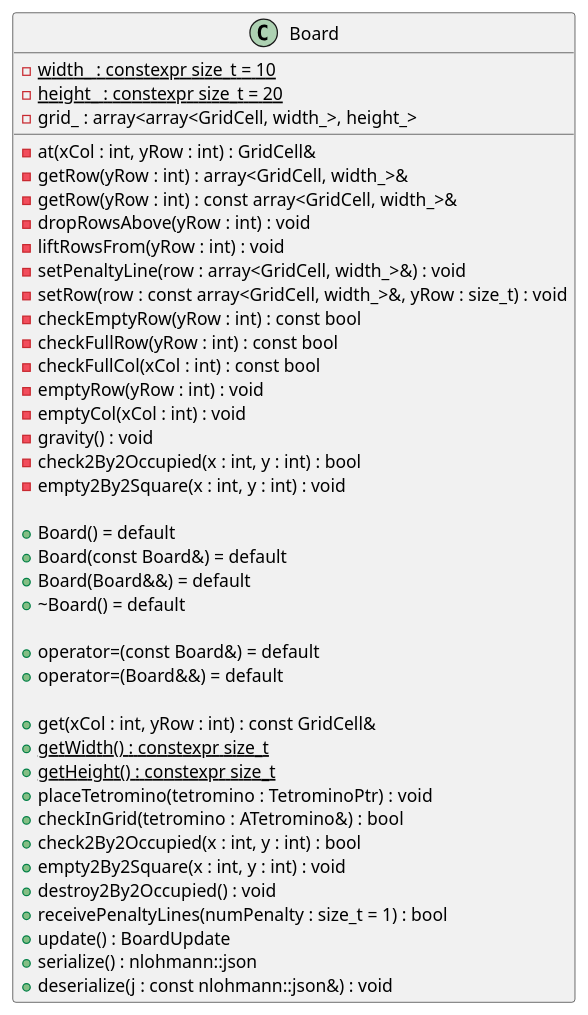
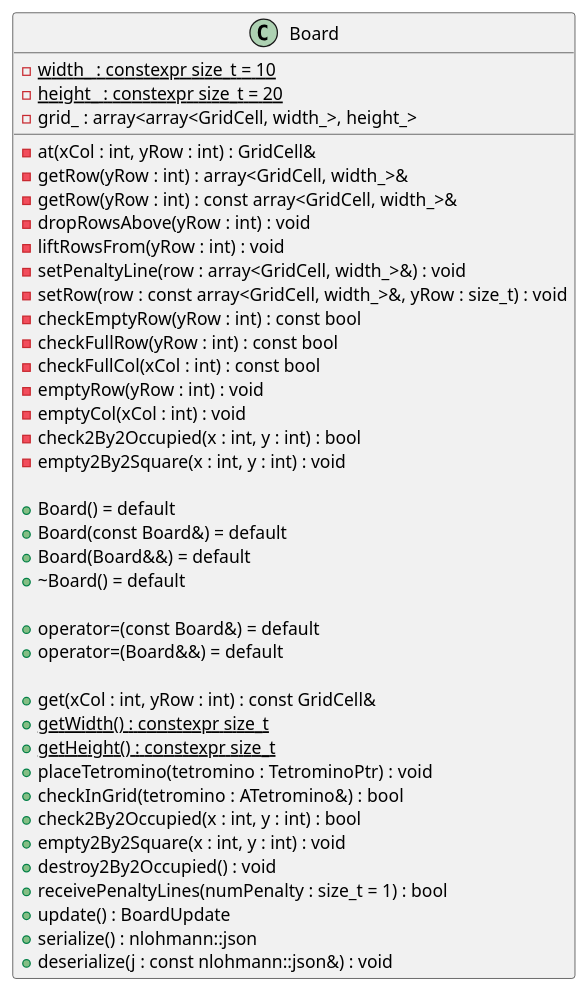
The diagram in doc/uml/class/game/tetris_lib/BoardClass.plantuml (ulb-info2-group5/Royal-Blocks), drawn with PlantUML before and after one commit. The commit also changed 20 other files, not shown here.

Commit message:
update some class diagram in tetris_lib, changing the the bash script

```diff
--- a/doc/uml/class/game/tetris_lib/BoardClass.plantuml
+++ b/doc/uml/class/game/tetris_lib/BoardClass.plantuml
@@ -2,46 +2,46 @@
 @startuml (id=Board)
 
 class Board {
     - {static} width_ : constexpr size_t = 10
     - {static} height_ : constexpr size_t = 20
     - grid_ : array<array<GridCell, width_>, height_>
 
     - at(xCol : int, yRow : int) : GridCell&
     - getRow(yRow : int) : array<GridCell, width_>&
     - getRow(yRow : int) : const array<GridCell, width_>&
     - dropRowsAbove(yRow : int) : void
     - liftRowsFrom(yRow : int) : void
     - setPenaltyLine(row : array<GridCell, width_>&) : void
     - setRow(row : const array<GridCell, width_>&, yRow : size_t) : void
     - checkEmptyRow(yRow : int) : const bool
     - checkFullRow(yRow : int) : const bool
     - checkFullCol(xCol : int) : const bool
     - emptyRow(yRow : int) : void
     - emptyCol(xCol : int) : void
-    - gravity() : void
+    ' - gravity() : void
     - check2By2Occupied(x : int, y : int) : bool
     - empty2By2Square(x : int, y : int) : void
 
     + Board() = default
     + Board(const Board&) = default
     + Board(Board&&) = default
     + ~Board() = default
     
     + operator=(const Board&) = default
     + operator=(Board&&) = default
     
     + get(xCol : int, yRow : int) : const GridCell&
     + {static} getWidth() : constexpr size_t
     + {static} getHeight() : constexpr size_t
     + placeTetromino(tetromino : TetrominoPtr) : void
     + checkInGrid(tetromino : ATetromino&) : bool
     + check2By2Occupied(x : int, y : int) : bool
     + empty2By2Square(x : int, y : int) : void
     + destroy2By2Occupied() : void
     + receivePenaltyLines(numPenalty : size_t = 1) : bool
     + update() : BoardUpdate
     + serialize() : nlohmann::json
     + deserialize(j : const nlohmann::json&) : void
 }
 
 @enduml
```
